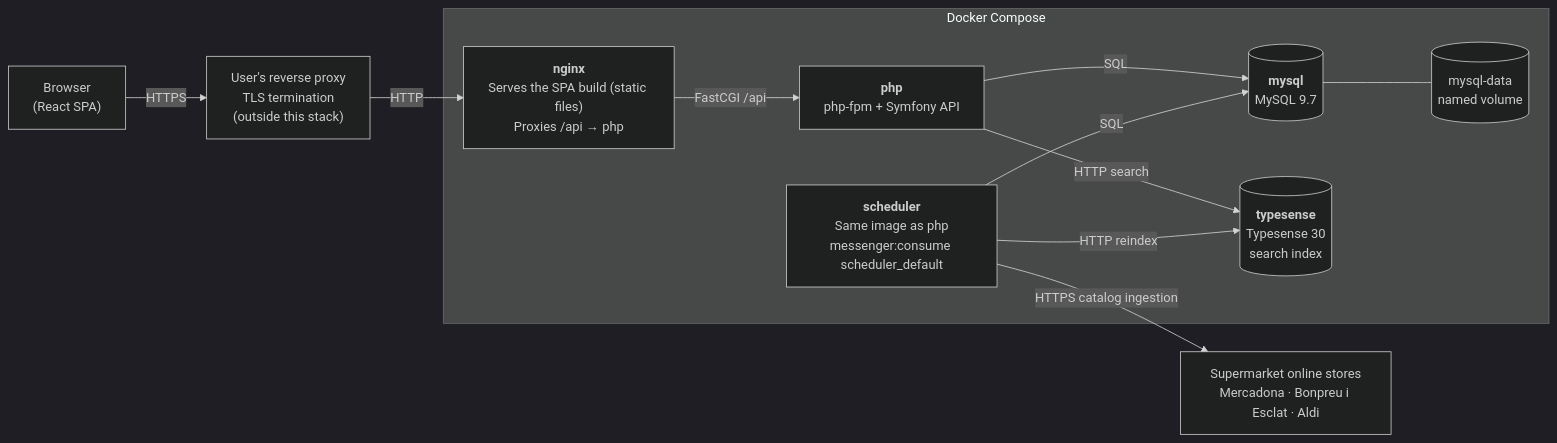
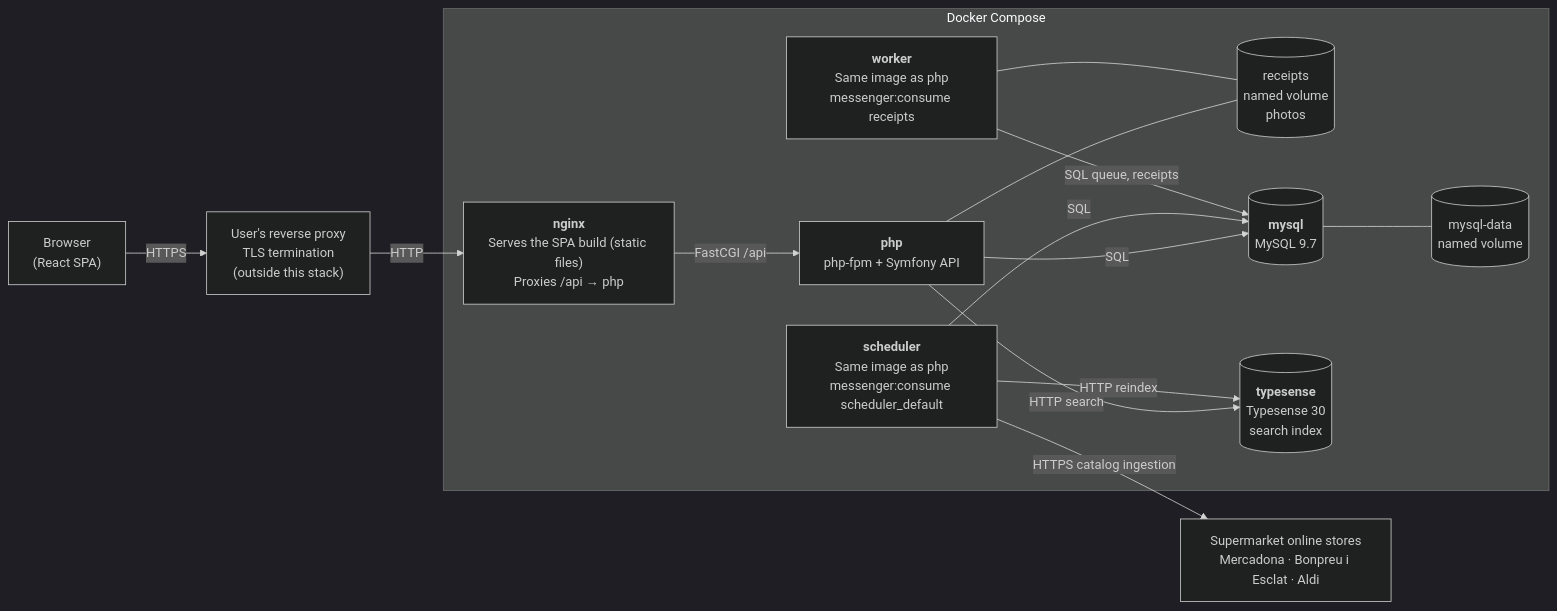
Before and after one commit to joeljoanlopez/jolo-market: the third of 3 diagrams in docs/architecture.md, drawn with Mermaid (dark theme). The commit also changed other lines of this file and 1 other file, not shown here.

First line of the commit message:
docs: document the Receipts context in the architecture (E10.38)

````diff
--- a/docs/architecture.md
+++ b/docs/architecture.md
@@ -802,26 +877,31 @@
 ```mermaid
 flowchart LR
     browser["Browser<br/>(React SPA)"]
     proxy["User's reverse proxy<br/>TLS termination<br/>(outside this stack)"]
 
     subgraph compose["Docker Compose"]
         nginx["<b>nginx</b><br/>Serves the SPA build (static files)<br/>Proxies /api → php"]
         php["<b>php</b><br/>php-fpm + Symfony API"]
         scheduler["<b>scheduler</b><br/>Same image as php<br/>messenger:consume scheduler_default"]
+        worker["<b>worker</b><br/>Same image as php<br/>messenger:consume receipts"]
+        receipts[("receipts<br/>named volume<br/>photos")]
         mysql[("<b>mysql</b><br/>MySQL 9.7")]
         volume[("mysql-data<br/>named volume")]
         typesense[("<b>typesense</b><br/>Typesense 30<br/>search index")]
     end
 
     stores["Supermarket online stores<br/>Mercadona · Bonpreu i Esclat · Aldi"]
 
     browser -->|HTTPS| proxy
     proxy -->|HTTP| nginx
     nginx -->|FastCGI /api| php
     php -->|SQL| mysql
     scheduler -->|SQL| mysql
     php -->|HTTP search| typesense
     scheduler -->|HTTP reindex| typesense
     scheduler -->|HTTPS catalog ingestion| stores
+    worker -->|SQL queue, receipts| mysql
+    php --- receipts
+    worker --- receipts
     mysql --- volume
 ```
````
